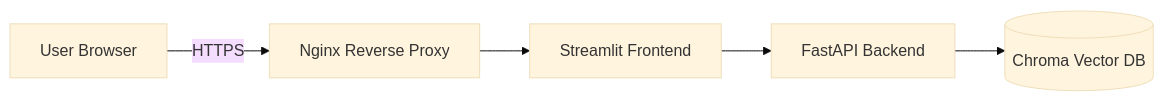
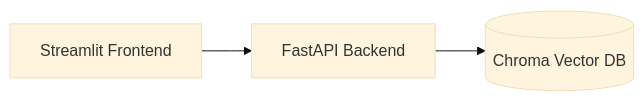
The first of 2 diagrams in README.md (LaurisNeimanis/ccore-ai-demo), drawn with Mermaid (base theme) before and after one commit. The commit also changed other lines of this file and 1 other file, not shown here.

Commit message:
fix(readme): correct app-demo architecture; remove infra-level diagram not belonging to repo

````diff
--- a/README.md
+++ b/README.md
@@ -70,7 +71,5 @@
 ```mermaid
 flowchart LR
-    Browser[User Browser] -->|HTTPS| Nginx[Nginx Reverse Proxy]
-    Nginx --> UI[Streamlit Frontend]
-    UI --> API[FastAPI Backend]
-    API --> Chroma[(Chroma Vector DB)]
+    UI[Streamlit Frontend] --> API[FastAPI Backend]
+    API --> DB[(Chroma Vector DB)]
 ```
````
